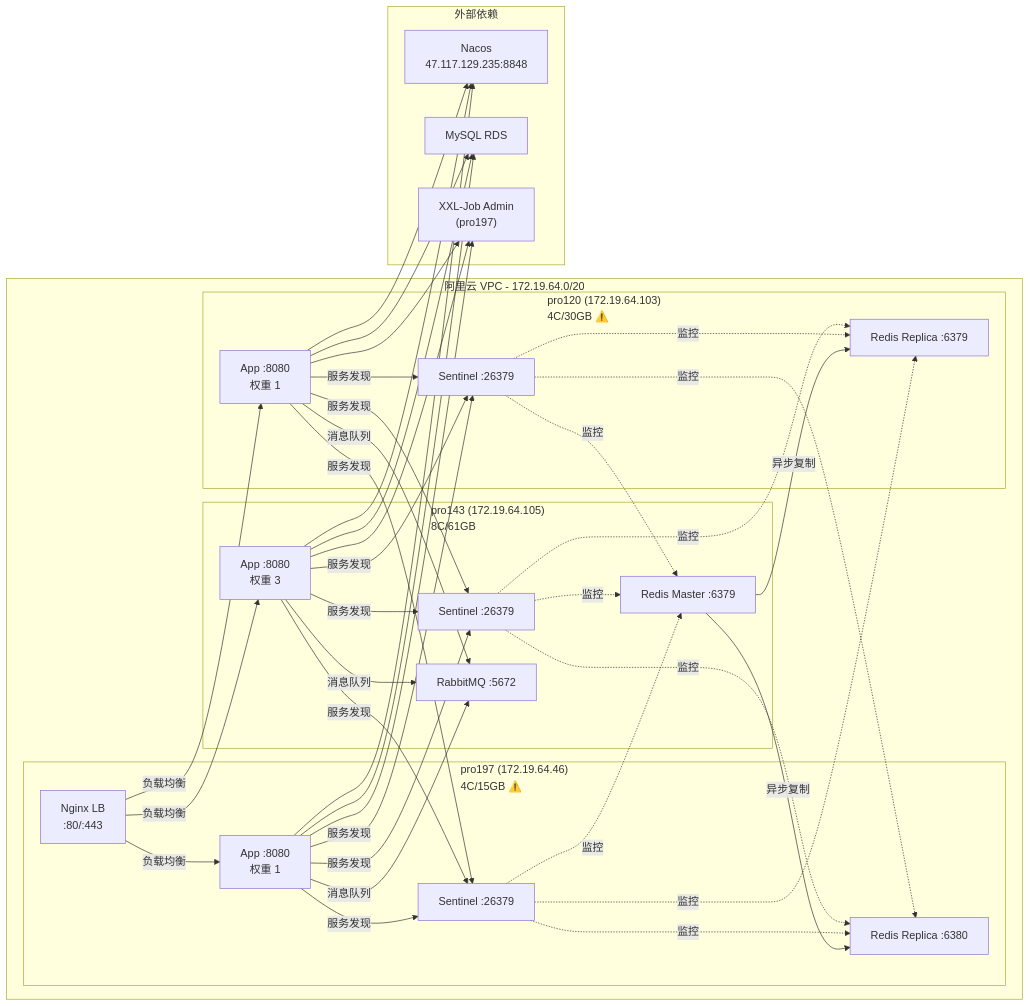
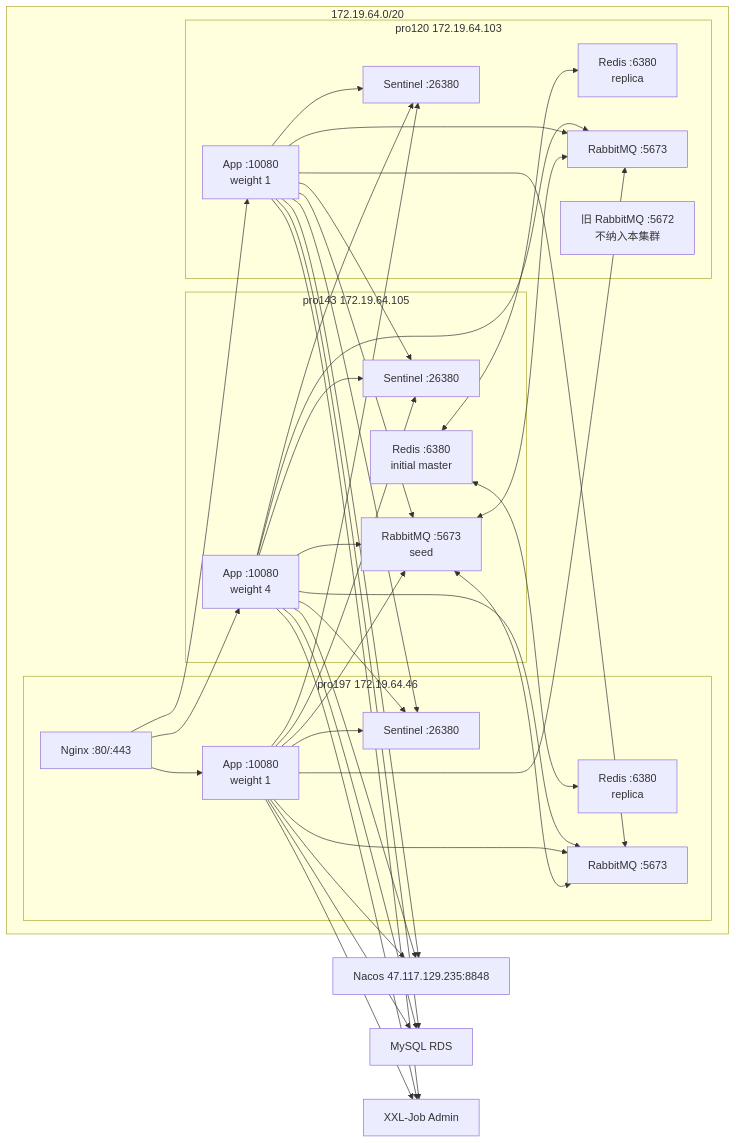
The diagram in docs/高可用环境部署方案.md (zwye1986/cardshop-trade-engine), drawn with Mermaid before and after one commit. The commit also changed other lines of this file and 4 other files, not shown here.

````diff
--- a/docs/高可用环境部署方案.md
+++ b/docs/高可用环境部署方案.md
@@ -49,35 +36,40 @@
 ```mermaid
 flowchart LR
-    subgraph VPC["阿里云 VPC - 172.19.64.0/20"]
-        subgraph pro143["pro143 (172.19.64.105)<br/>8C/61GB"]
-            APP1["App :8080<br/>权重 3"]
-            R1["Redis Master :6379"]
-            S1["Sentinel :26379"]
-            RMQ["RabbitMQ :5672"]
+    subgraph VPC["172.19.64.0/20"]
+        subgraph P143["pro143 172.19.64.105"]
+            APP1["App :10080<br/>weight 4"]
+            REDIS1["Redis :6380<br/>initial master"]
+            SENT1["Sentinel :26380"]
+            RMQ1["RabbitMQ :5673<br/>seed"]
         end
-        subgraph pro197["pro197 (172.19.64.46)<br/>4C/15GB ⚠️"]
-            APP2["App :8080<br/>权重 1"]
-            R2["Redis Replica :6380"]
-            S2["Sentinel :26379"]
-            NGINX["Nginx LB<br/>:80/:443"]
+        subgraph P197["pro197 172.19.64.46"]
+            APP2["App :10080<br/>weight 1"]
+            REDIS2["Redis :6380<br/>replica"]
+            SENT2["Sentinel :26380"]
+            RMQ2["RabbitMQ :5673"]
+            NGINX["Nginx :80/:443"]
         end
-        subgraph pro120["pro120 (172.19.64.103)<br/>4C/30GB ⚠️"]
-            APP3["App :8080<br/>权重 1"]
-            R3["Redis Replica :6379"]
-            S3["Sentinel :26379"]
+        subgraph P120["pro120 172.19.64.103"]
+            APP3["App :10080<br/>weight 1"]
+            REDIS3["Redis :6380<br/>replica"]
+            SENT3["Sentinel :26380"]
+            RMQ3["RabbitMQ :5673"]
+            OLD_RMQ["旧 RabbitMQ :5672<br/>不纳入本集群"]
         end
     end
 
-    subgraph External["外部依赖"]
-        NACOS["Nacos<br/>47.117.129.235:8848"]
-        MYSQL["MySQL RDS"]
-        XXL["XXL-Job Admin<br/>(pro197)"]
-    end
+    NACOS["Nacos 47.117.129.235:8848"]
+    MYSQL["MySQL RDS"]
+    XXL["XXL-Job Admin"]
 
-    NGINX -->|"负载均衡"| APP1 & APP2 & APP3
-    APP1 & APP2 & APP3 -->|"服务发现"| S1 & S2 & S3
-    S1 & S2 & S3 -.->|"监控"| R1 & R2 & R3
-    R1 -->|"异步复制"| R2 & R3
-    APP1 & APP2 & APP3 -->|"消息队列"| RMQ
+    NGINX --> APP1
+    NGINX --> APP2
+    NGINX --> APP3
+    APP1 & APP2 & APP3 --> SENT1 & SENT2 & SENT3
+    APP1 & APP2 & APP3 --> RMQ1 & RMQ2 & RMQ3
+    REDIS1 <--> REDIS2
+    REDIS1 <--> REDIS3
+    RMQ1 <--> RMQ2
+    RMQ1 <--> RMQ3
     APP1 & APP2 & APP3 --> NACOS & MYSQL & XXL
 ```
````
